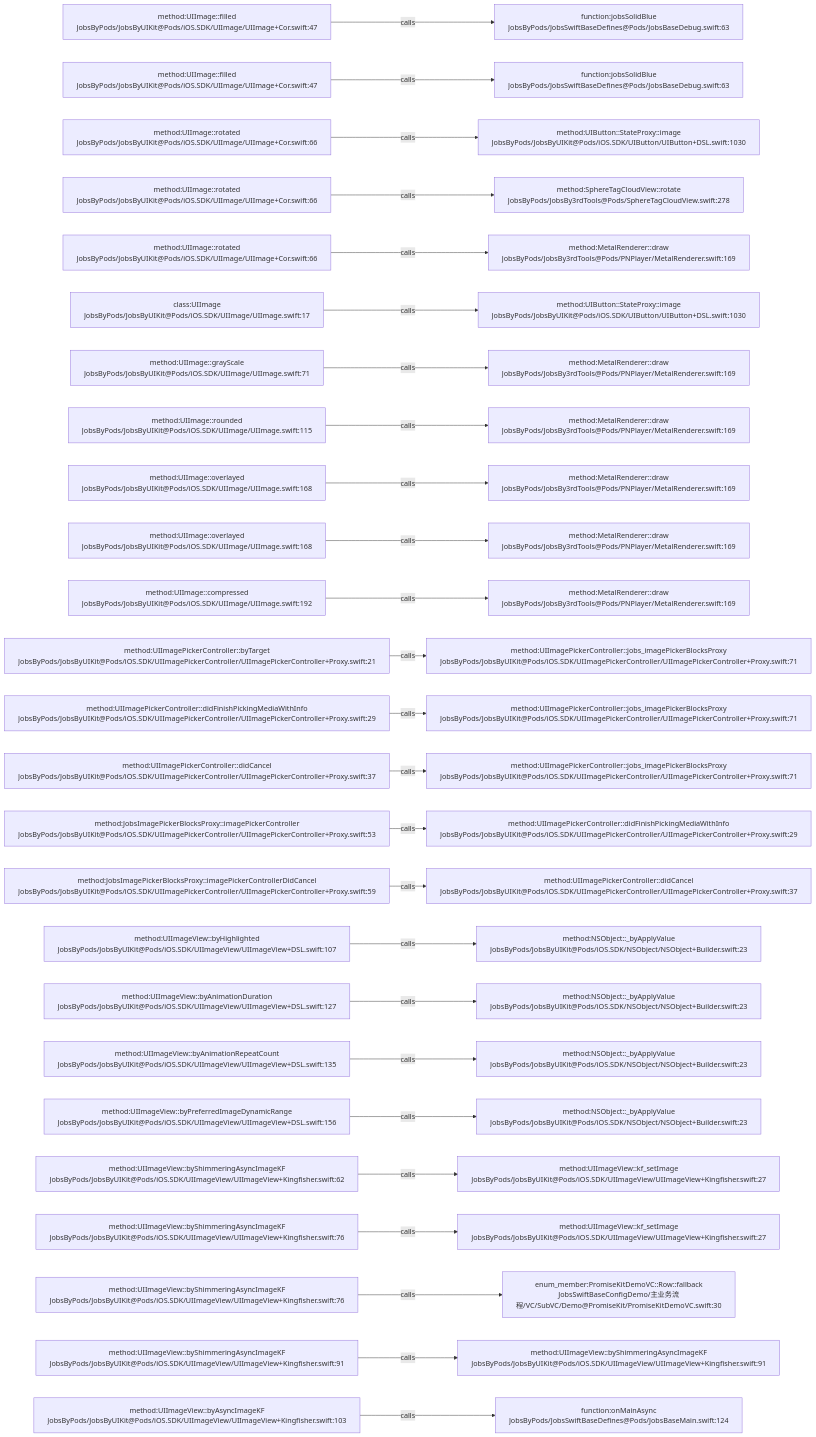
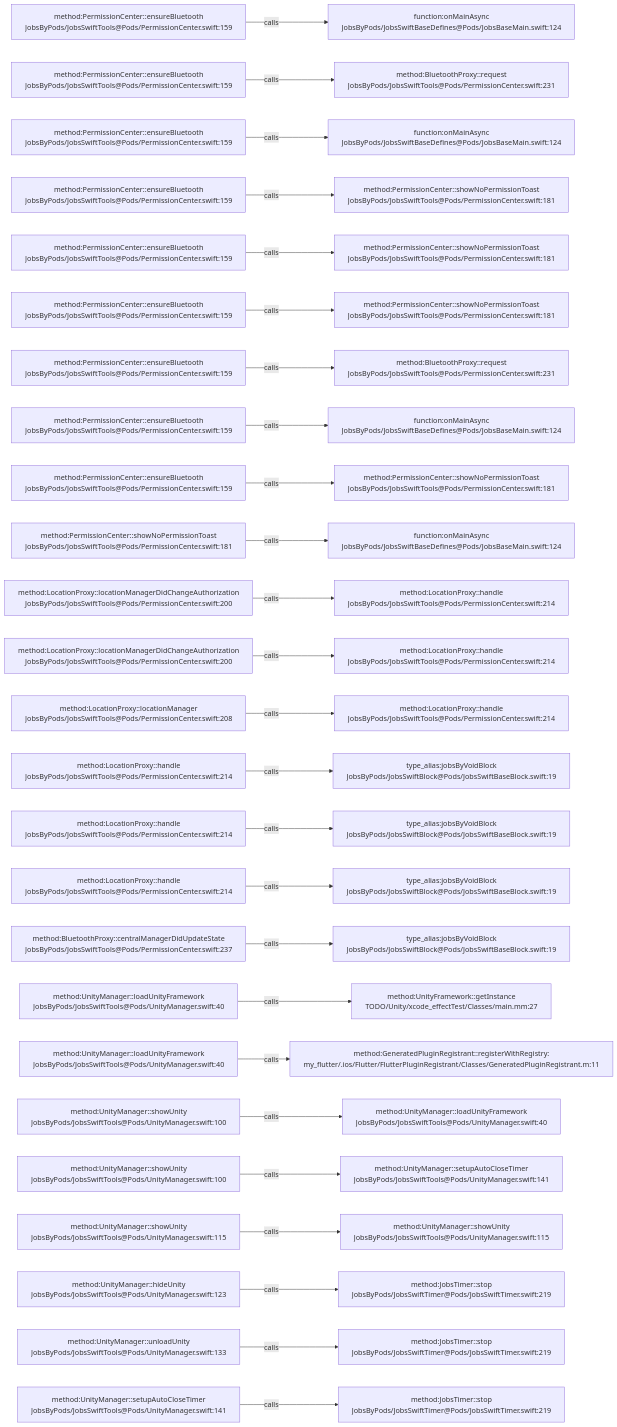
One commit to JobsKits/JobsSwiftBaseConfigDemo changed the diagram in .codegraph/codegraph.md/graphs/calls-067.md. Above: the diagram before and after it, drawn with Mermaid. The commit also changed 569 other files, not shown here.

````diff
--- a/.codegraph/codegraph.md/graphs/calls-067.md
+++ b/.codegraph/codegraph.md/graphs/calls-067.md
@@ -13,78 +13,78 @@
 ```mermaid
 flowchart LR
-  S1["method:UIImage::filled<br/>JobsByPods/JobsByUIKit@Pods/iOS.SDK/UIImage/UIImage+Cor.swift:47"]
-  T1["function:jobsSolidBlue<br/>JobsByPods/JobsSwiftBaseDefines@Pods/JobsBaseDebug.swift:63"]
+  S1["method:PermissionCenter::ensureBluetooth<br/>JobsByPods/JobsSwiftTools@Pods/PermissionCenter.swift:159"]
+  T1["function:onMainAsync<br/>JobsByPods/JobsSwiftBaseDefines@Pods/JobsBaseMain.swift:124"]
   S1 -->|calls| T1
-  S2["method:UIImage::filled<br/>JobsByPods/JobsByUIKit@Pods/iOS.SDK/UIImage/UIImage+Cor.swift:47"]
-  T2["function:jobsSolidBlue<br/>JobsByPods/JobsSwiftBaseDefines@Pods/JobsBaseDebug.swift:63"]
+  S2["method:PermissionCenter::ensureBluetooth<br/>JobsByPods/JobsSwiftTools@Pods/PermissionCenter.swift:159"]
+  T2["method:BluetoothProxy::request<br/>JobsByPods/JobsSwiftTools@Pods/PermissionCenter.swift:231"]
   S2 -->|calls| T2
-  S3["method:UIImage::rotated<br/>JobsByPods/JobsByUIKit@Pods/iOS.SDK/UIImage/UIImage+Cor.swift:66"]
-  T3["method:UIButton::StateProxy::image<br/>JobsByPods/JobsByUIKit@Pods/iOS.SDK/UIButton/UIButton+DSL.swift:1030"]
+  S3["method:PermissionCenter::ensureBluetooth<br/>JobsByPods/JobsSwiftTools@Pods/PermissionCenter.swift:159"]
+  T3["function:onMainAsync<br/>JobsByPods/JobsSwiftBaseDefines@Pods/JobsBaseMain.swift:124"]
   S3 -->|calls| T3
-  S4["method:UIImage::rotated<br/>JobsByPods/JobsByUIKit@Pods/iOS.SDK/UIImage/UIImage+Cor.swift:66"]
-  T4["method:SphereTagCloudView::rotate<br/>JobsByPods/JobsBy3rdTools@Pods/SphereTagCloudView.swift:278"]
+  S4["method:PermissionCenter::ensureBluetooth<br/>JobsByPods/JobsSwiftTools@Pods/PermissionCenter.swift:159"]
+  T4["method:PermissionCenter::showNoPermissionToast<br/>JobsByPods/JobsSwiftTools@Pods/PermissionCenter.swift:181"]
   S4 -->|calls| T4
-  S5["method:UIImage::rotated<br/>JobsByPods/JobsByUIKit@Pods/iOS.SDK/UIImage/UIImage+Cor.swift:66"]
-  T5["method:MetalRenderer::draw<br/>JobsByPods/JobsBy3rdTools@Pods/PNPlayer/MetalRenderer.swift:169"]
+  S5["method:PermissionCenter::ensureBluetooth<br/>JobsByPods/JobsSwiftTools@Pods/PermissionCenter.swift:159"]
+  T5["method:PermissionCenter::showNoPermissionToast<br/>JobsByPods/JobsSwiftTools@Pods/PermissionCenter.swift:181"]
   S5 -->|calls| T5
-  S6["class:UIImage<br/>JobsByPods/JobsByUIKit@Pods/iOS.SDK/UIImage/UIImage.swift:17"]
-  T6["method:UIButton::StateProxy::image<br/>JobsByPods/JobsByUIKit@Pods/iOS.SDK/UIButton/UIButton+DSL.swift:1030"]
+  S6["method:PermissionCenter::ensureBluetooth<br/>JobsByPods/JobsSwiftTools@Pods/PermissionCenter.swift:159"]
+  T6["method:PermissionCenter::showNoPermissionToast<br/>JobsByPods/JobsSwiftTools@Pods/PermissionCenter.swift:181"]
   S6 -->|calls| T6
-  S7["method:UIImage::grayScale<br/>JobsByPods/JobsByUIKit@Pods/iOS.SDK/UIImage/UIImage.swift:71"]
-  T7["method:MetalRenderer::draw<br/>JobsByPods/JobsBy3rdTools@Pods/PNPlayer/MetalRenderer.swift:169"]
+  S7["method:PermissionCenter::ensureBluetooth<br/>JobsByPods/JobsSwiftTools@Pods/PermissionCenter.swift:159"]
+  T7["method:BluetoothProxy::request<br/>JobsByPods/JobsSwiftTools@Pods/PermissionCenter.swift:231"]
   S7 -->|calls| T7
-  S8["method:UIImage::rounded<br/>JobsByPods/JobsByUIKit@Pods/iOS.SDK/UIImage/UIImage.swift:115"]
-  T8["method:MetalRenderer::draw<br/>JobsByPods/JobsBy3rdTools@Pods/PNPlayer/MetalRenderer.swift:169"]
+  S8["method:PermissionCenter::ensureBluetooth<br/>JobsByPods/JobsSwiftTools@Pods/PermissionCenter.swift:159"]
+  T8["function:onMainAsync<br/>JobsByPods/JobsSwiftBaseDefines@Pods/JobsBaseMain.swift:124"]
   S8 -->|calls| T8
-  S9["method:UIImage::overlayed<br/>JobsByPods/JobsByUIKit@Pods/iOS.SDK/UIImage/UIImage.swift:168"]
-  T9["method:MetalRenderer::draw<br/>JobsByPods/JobsBy3rdTools@Pods/PNPlayer/MetalRenderer.swift:169"]
+  S9["method:PermissionCenter::ensureBluetooth<br/>JobsByPods/JobsSwiftTools@Pods/PermissionCenter.swift:159"]
+  T9["method:PermissionCenter::showNoPermissionToast<br/>JobsByPods/JobsSwiftTools@Pods/PermissionCenter.swift:181"]
   S9 -->|calls| T9
-  S10["method:UIImage::overlayed<br/>JobsByPods/JobsByUIKit@Pods/iOS.SDK/UIImage/UIImage.swift:168"]
-  T10["method:MetalRenderer::draw<br/>JobsByPods/JobsBy3rdTools@Pods/PNPlayer/MetalRenderer.swift:169"]
+  S10["method:PermissionCenter::showNoPermissionToast<br/>JobsByPods/JobsSwiftTools@Pods/PermissionCenter.swift:181"]
+  T10["function:onMainAsync<br/>JobsByPods/JobsSwiftBaseDefines@Pods/JobsBaseMain.swift:124"]
   S10 -->|calls| T10
-  S11["method:UIImage::compressed<br/>JobsByPods/JobsByUIKit@Pods/iOS.SDK/UIImage/UIImage.swift:192"]
-  T11["method:MetalRenderer::draw<br/>JobsByPods/JobsBy3rdTools@Pods/PNPlayer/MetalRenderer.swift:169"]
+  S11["method:LocationProxy::locationManagerDidChangeAuthorization<br/>JobsByPods/JobsSwiftTools@Pods/PermissionCenter.swift:200"]
+  T11["method:LocationProxy::handle<br/>JobsByPods/JobsSwiftTools@Pods/PermissionCenter.swift:214"]
   S11 -->|calls| T11
-  S12["method:UIImagePickerController::byTarget<br/>JobsByPods/JobsByUIKit@Pods/iOS.SDK/UIImagePickerController/UIImagePickerController+Proxy.swift:21"]
-  T12["method:UIImagePickerController::jobs_imagePickerBlocksProxy<br/>JobsByPods/JobsByUIKit@Pods/iOS.SDK/UIImagePickerController/UIImagePickerController+Proxy.swift:71"]
+  S12["method:LocationProxy::locationManagerDidChangeAuthorization<br/>JobsByPods/JobsSwiftTools@Pods/PermissionCenter.swift:200"]
+  T12["method:LocationProxy::handle<br/>JobsByPods/JobsSwiftTools@Pods/PermissionCenter.swift:214"]
   S12 -->|calls| T12
-  S13["method:UIImagePickerController::didFinishPickingMediaWithInfo<br/>JobsByPods/JobsByUIKit@Pods/iOS.SDK/UIImagePickerController/UIImagePickerController+Proxy.swift:29"]
-  T13["method:UIImagePickerController::jobs_imagePickerBlocksProxy<br/>JobsByPods/JobsByUIKit@Pods/iOS.SDK/UIImagePickerController/UIImagePickerController+Proxy.swift:71"]
+  S13["method:LocationProxy::locationManager<br/>JobsByPods/JobsSwiftTools@Pods/PermissionCenter.swift:208"]
+  T13["method:LocationProxy::handle<br/>JobsByPods/JobsSwiftTools@Pods/PermissionCenter.swift:214"]
   S13 -->|calls| T13
-  S14["method:UIImagePickerController::didCancel<br/>JobsByPods/JobsByUIKit@Pods/iOS.SDK/UIImagePickerController/UIImagePickerController+Proxy.swift:37"]
-  T14["method:UIImagePickerController::jobs_imagePickerBlocksProxy<br/>JobsByPods/JobsByUIKit@Pods/iOS.SDK/UIImagePickerController/UIImagePickerController+Proxy.swift:71"]
+  S14["method:LocationProxy::handle<br/>JobsByPods/JobsSwiftTools@Pods/PermissionCenter.swift:214"]
+  T14["type_alias:jobsByVoidBlock<br/>JobsByPods/JobsSwiftBlock@Pods/JobsSwiftBaseBlock.swift:19"]
   S14 -->|calls| T14
-  S15["method:JobsImagePickerBlocksProxy::imagePickerController<br/>JobsByPods/JobsByUIKit@Pods/iOS.SDK/UIImagePickerController/UIImagePickerController+Proxy.swift:53"]
-  T15["method:UIImagePickerController::didFinishPickingMediaWithInfo<br/>JobsByPods/JobsByUIKit@Pods/iOS.SDK/UIImagePickerController/UIImagePickerController+Proxy.swift:29"]
+  S15["method:LocationProxy::handle<br/>JobsByPods/JobsSwiftTools@Pods/PermissionCenter.swift:214"]
+  T15["type_alias:jobsByVoidBlock<br/>JobsByPods/JobsSwiftBlock@Pods/JobsSwiftBaseBlock.swift:19"]
   S15 -->|calls| T15
-  S16["method:JobsImagePickerBlocksProxy::imagePickerControllerDidCancel<br/>JobsByPods/JobsByUIKit@Pods/iOS.SDK/UIImagePickerController/UIImagePickerController+Proxy.swift:59"]
-  T16["method:UIImagePickerController::didCancel<br/>JobsByPods/JobsByUIKit@Pods/iOS.SDK/UIImagePickerController/UIImagePickerController+Proxy.swift:37"]
+  S16["method:LocationProxy::handle<br/>JobsByPods/JobsSwiftTools@Pods/PermissionCenter.swift:214"]
+  T16["type_alias:jobsByVoidBlock<br/>JobsByPods/JobsSwiftBlock@Pods/JobsSwiftBaseBlock.swift:19"]
   S16 -->|calls| T16
-  S17["method:UIImageView::byHighlighted<br/>JobsByPods/JobsByUIKit@Pods/iOS.SDK/UIImageView/UIImageView+DSL.swift:107"]
-  T17["method:NSObject::_byApplyValue<br/>JobsByPods/JobsByUIKit@Pods/iOS.SDK/NSObject/NSObject+Builder.swift:23"]
+  S17["method:BluetoothProxy::centralManagerDidUpdateState<br/>JobsByPods/JobsSwiftTools@Pods/PermissionCenter.swift:237"]
+  T17["type_alias:jobsByVoidBlock<br/>JobsByPods/JobsSwiftBlock@Pods/JobsSwiftBaseBlock.swift:19"]
   S17 -->|calls| T17
-  S18["method:UIImageView::byAnimationDuration<br/>JobsByPods/JobsByUIKit@Pods/iOS.SDK/UIImageView/UIImageView+DSL.swift:127"]
-  T18["method:NSObject::_byApplyValue<br/>JobsByPods/JobsByUIKit@Pods/iOS.SDK/NSObject/NSObject+Builder.swift:23"]
+  S18["method:UnityManager::loadUnityFramework<br/>JobsByPods/JobsSwiftTools@Pods/UnityManager.swift:40"]
+  T18["method:UnityFramework::getInstance<br/>TODO/Unity/xcode_effectTest/Classes/main.mm:27"]
   S18 -->|calls| T18
-  S19["method:UIImageView::byAnimationRepeatCount<br/>JobsByPods/JobsByUIKit@Pods/iOS.SDK/UIImageView/UIImageView+DSL.swift:135"]
-  T19["method:NSObject::_byApplyValue<br/>JobsByPods/JobsByUIKit@Pods/iOS.SDK/NSObject/NSObject+Builder.swift:23"]
+  S19["method:UnityManager::loadUnityFramework<br/>JobsByPods/JobsSwiftTools@Pods/UnityManager.swift:40"]
+  T19["method:GeneratedPluginRegistrant::registerWithRegistry:<br/>my_flutter/.ios/Flutter/FlutterPluginRegistrant/Classes/GeneratedPluginRegistrant.m:11"]
   S19 -->|calls| T19
-  S20["method:UIImageView::byPreferredImageDynamicRange<br/>JobsByPods/JobsByUIKit@Pods/iOS.SDK/UIImageView/UIImageView+DSL.swift:156"]
-  T20["method:NSObject::_byApplyValue<br/>JobsByPods/JobsByUIKit@Pods/iOS.SDK/NSObject/NSObject+Builder.swift:23"]
+  S20["method:UnityManager::showUnity<br/>JobsByPods/JobsSwiftTools@Pods/UnityManager.swift:100"]
+  T20["method:UnityManager::loadUnityFramework<br/>JobsByPods/JobsSwiftTools@Pods/UnityManager.swift:40"]
   S20 -->|calls| T20
-  S21["method:UIImageView::byShimmeringAsyncImageKF<br/>JobsByPods/JobsByUIKit@Pods/iOS.SDK/UIImageView/UIImageView+Kingfisher.swift:62"]
-  T21["method:UIImageView::kf_setImage<br/>JobsByPods/JobsByUIKit@Pods/iOS.SDK/UIImageView/UIImageView+Kingfisher.swift:27"]
+  S21["method:UnityManager::showUnity<br/>JobsByPods/JobsSwiftTools@Pods/UnityManager.swift:100"]
+  T21["method:UnityManager::setupAutoCloseTimer<br/>JobsByPods/JobsSwiftTools@Pods/UnityManager.swift:141"]
   S21 -->|calls| T21
-  S22["method:UIImageView::byShimmeringAsyncImageKF<br/>JobsByPods/JobsByUIKit@Pods/iOS.SDK/UIImageView/UIImageView+Kingfisher.swift:76"]
-  T22["method:UIImageView::kf_setImage<br/>JobsByPods/JobsByUIKit@Pods/iOS.SDK/UIImageView/UIImageView+Kingfisher.swift:27"]
+  S22["method:UnityManager::showUnity<br/>JobsByPods/JobsSwiftTools@Pods/UnityManager.swift:115"]
+  T22["method:UnityManager::showUnity<br/>JobsByPods/JobsSwiftTools@Pods/UnityManager.swift:115"]
   S22 -->|calls| T22
-  S23["method:UIImageView::byShimmeringAsyncImageKF<br/>JobsByPods/JobsByUIKit@Pods/iOS.SDK/UIImageView/UIImageView+Kingfisher.swift:76"]
-  T23["enum_member:PromiseKitDemoVC::Row::fallback<br/>JobsSwiftBaseConfigDemo/主业务流程/VC/SubVC/Demo@PromiseKit/PromiseKitDemoVC.swift:30"]
+  S23["method:UnityManager::hideUnity<br/>JobsByPods/JobsSwiftTools@Pods/UnityManager.swift:123"]
+  T23["method:JobsTimer::stop<br/>JobsByPods/JobsSwiftTimer@Pods/JobsSwiftTimer.swift:219"]
   S23 -->|calls| T23
-  S24["method:UIImageView::byShimmeringAsyncImageKF<br/>JobsByPods/JobsByUIKit@Pods/iOS.SDK/UIImageView/UIImageView+Kingfisher.swift:91"]
-  T24["method:UIImageView::byShimmeringAsyncImageKF<br/>JobsByPods/JobsByUIKit@Pods/iOS.SDK/UIImageView/UIImageView+Kingfisher.swift:91"]
+  S24["method:UnityManager::unloadUnity<br/>JobsByPods/JobsSwiftTools@Pods/UnityManager.swift:133"]
+  T24["method:JobsTimer::stop<br/>JobsByPods/JobsSwiftTimer@Pods/JobsSwiftTimer.swift:219"]
   S24 -->|calls| T24
-  S25["method:UIImageView::byAsyncImageKF<br/>JobsByPods/JobsByUIKit@Pods/iOS.SDK/UIImageView/UIImageView+Kingfisher.swift:103"]
-  T25["function:onMainAsync<br/>JobsByPods/JobsSwiftBaseDefines@Pods/JobsBaseMain.swift:124"]
+  S25["method:UnityManager::setupAutoCloseTimer<br/>JobsByPods/JobsSwiftTools@Pods/UnityManager.swift:141"]
+  T25["method:JobsTimer::stop<br/>JobsByPods/JobsSwiftTimer@Pods/JobsSwiftTimer.swift:219"]
   S25 -->|calls| T25
 ```
````
